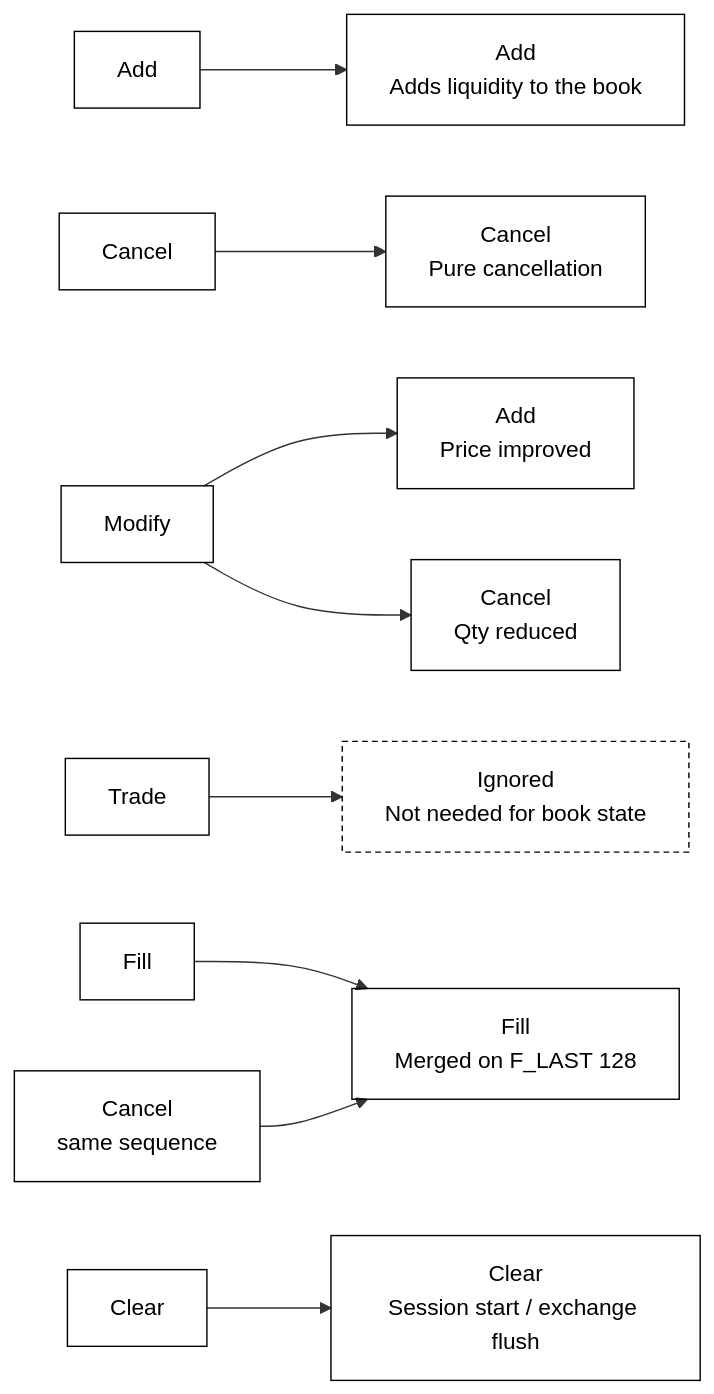
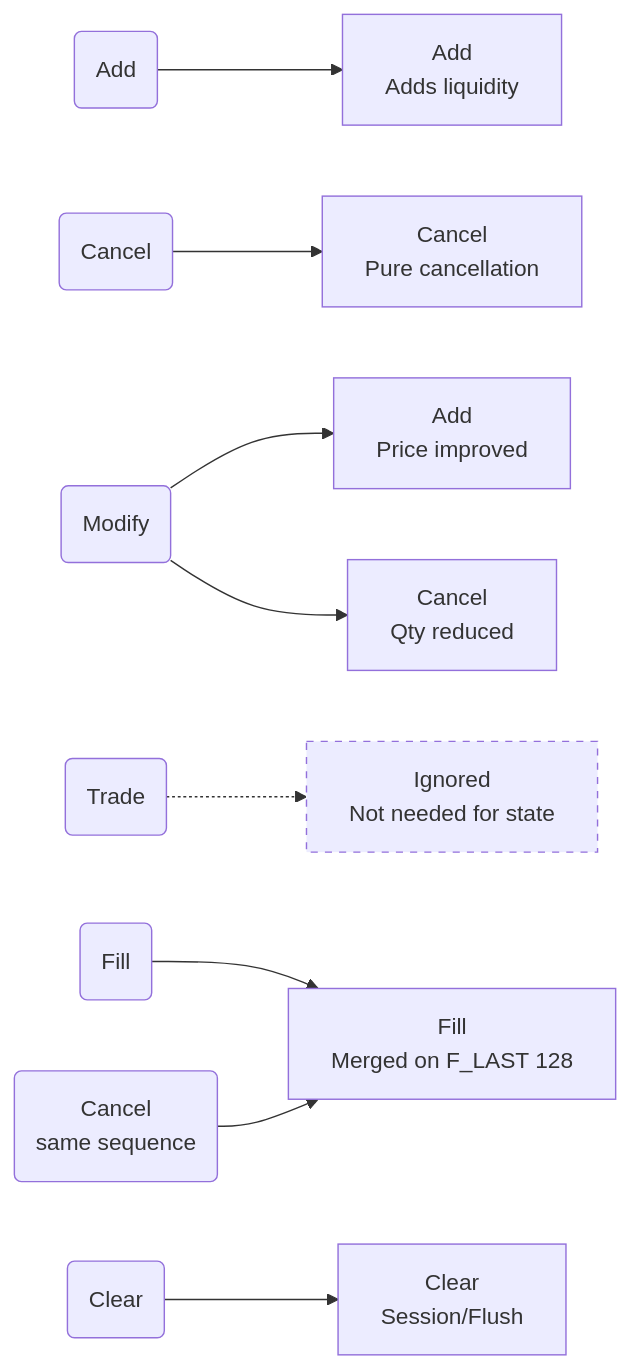
One commit to Alexerby/thesis-code changed the second of 2 diagrams in docs/Order Lifetime Tracking.md. Above: the diagram before and after it, drawn with Mermaid. The commit also changed other lines of this file, not shown here.

Commit message:
fix: colors in Mermaid diagram
Barely visible in browser before.

````diff
--- a/docs/Order Lifetime Tracking.md
+++ b/docs/Order Lifetime Tracking.md
@@ -68,15 +67,33 @@
 ```mermaid
 flowchart LR
-    classDef src fill:none,stroke:currentColor,stroke-width:1px,color:currentColor
-    classDef dst fill:none,stroke:currentColor,stroke-width:1px,color:currentColor
-    classDef dropped fill:none,stroke:currentColor,stroke-width:1px,stroke-dasharray:4 3,color:currentColor
+    %% Source Nodes
+    Add(Add)
+    Cancel_pure(Cancel)
+    Modify(Modify)
+    Trade(Trade)
+    Fill(Fill)
+    Cancel_fill(Cancel <br/>same sequence)
+    Clear(Clear)
 
-    Add:::src --> ADD[Add\nAdds liquidity to the book]:::dst
-    Cancel_pure[Cancel]:::src --> CXL[Cancel\nPure cancellation]:::dst
-    Modify:::src --> MOD_A[Add\nPrice improved]:::dst
-    Modify --> MOD_C[Cancel\nQty reduced]:::dst
-    Trade:::src --> IGN[Ignored\nNot needed for book state]:::dropped
-    Fill:::src --> FILL_OUT[Fill\nMerged on F_LAST 128]:::dst
-    Cancel_fill[Cancel\nsame sequence]:::src --> FILL_OUT
-    Clear:::src --> CLR[Clear\nSession start / exchange flush]:::dst
+    %% Destination Nodes
+    ADD_OUT[Add <br/>Adds liquidity]
+    CXL_OUT[Cancel <br/>Pure cancellation]
+    MOD_A[Add <br/>Price improved]
+    MOD_C[Cancel <br/>Qty reduced]
+    IGN_OUT[Ignored <br/>Not needed for state]
+    FILL_OUT[Fill <br/>Merged on F_LAST 128]
+    CLR_OUT[Clear <br/>Session/Flush]
+
+    %% Connections
+    Add --> ADD_OUT
+    Cancel_pure --> CXL_OUT
+    Modify --> MOD_A
+    Modify --> MOD_C
+    Trade -.-> IGN_OUT
+    Fill --> FILL_OUT
+    Cancel_fill --> FILL_OUT
+    Clear --> CLR_OUT
+
+    %% Styling for "Ignored" path
+    style IGN_OUT stroke-dasharray: 5 5
 ```
````
